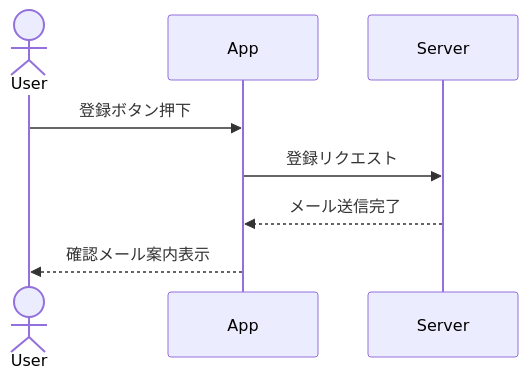
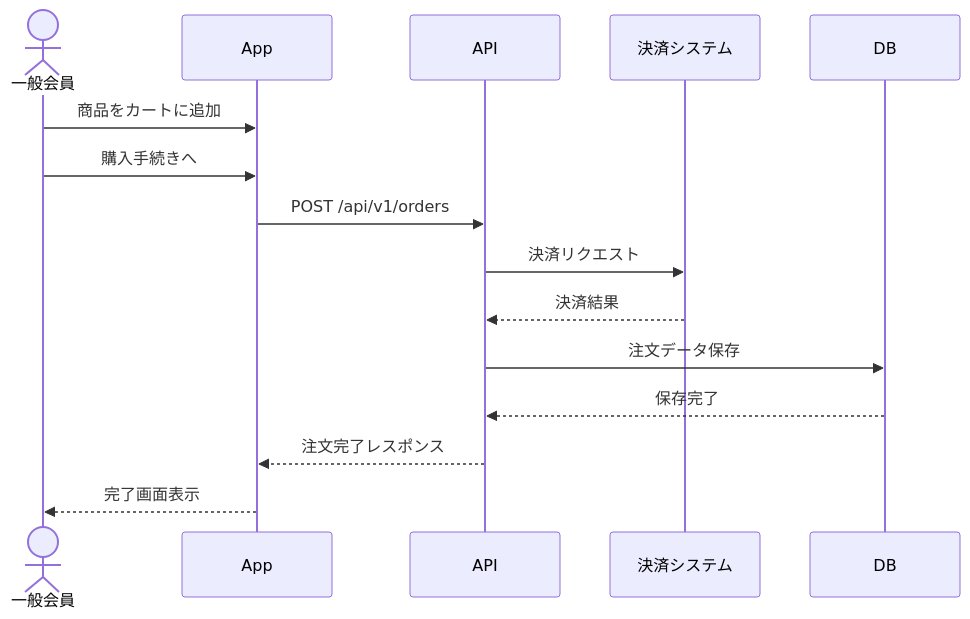
Before and after one commit to RyukaST077/ai-first-project: the second of 3 diagrams in templates/design/01_basic_design.md, drawn with Mermaid. The commit also changed other lines of this file and 10 other files, not shown here.

````diff
--- a/templates/design/01_basic_design.md
+++ b/templates/design/01_basic_design.md
@@ -35,11 +110,18 @@
 ```mermaid
 sequenceDiagram
-    actor User
+    actor User as 一般会員
     participant App
-    participant Server
+    participant API
+    participant Payment as 決済システム
+    participant DB
     
-    User->>App: 登録ボタン押下
-    App->>Server: 登録リクエスト
-    Server-->>App: メール送信完了
-    App-->>User: 確認メール案内表示
+    User->>App: 商品をカートに追加
+    User->>App: 購入手続きへ
+    App->>API: POST /api/v1/orders
+    API->>Payment: 決済リクエスト
+    Payment-->>API: 決済結果
+    API->>DB: 注文データ保存
+    DB-->>API: 保存完了
+    API-->>App: 注文完了レスポンス
+    App-->>User: 完了画面表示
 ```
````
